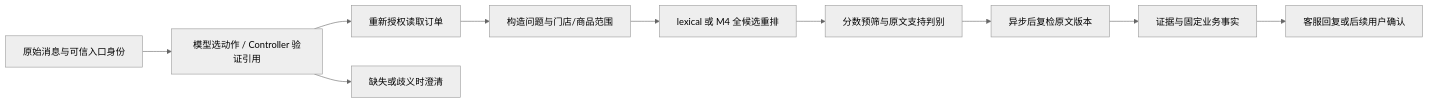
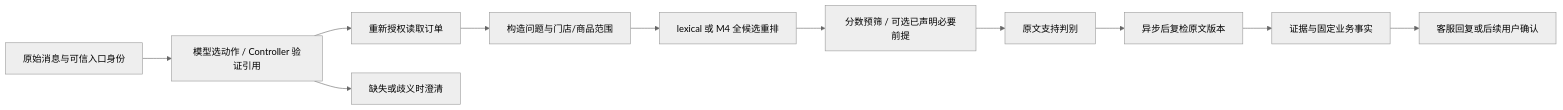
One commit to erha1499/dave-agent changed the diagram in docs/c1-implementation-results.md. Above: the diagram before and after it, drawn with Mermaid (neutral theme). The commit also changed other lines of this file and 49 other files, not shown here.

````diff
--- a/docs/c1-implementation-results.md
+++ b/docs/c1-implementation-results.md
@@ -11,12 +11,13 @@
 ```mermaid
 flowchart LR
     A[原始消息与可信入口身份] --> B[模型选动作 / Controller 验证引用]
     B --> C[重新授权读取订单]
     B --> D[缺失或歧义时澄清]
     C --> E[构造问题与门店/商品范围]
     E --> F[lexical 或 M4 全候选重排]
-    F --> G[分数预筛与原文支持判别]
+    F --> K[分数预筛 / 可选已声明必要前提]
+    K --> G[原文支持判别]
     G --> H[异步后复检原文版本]
     H --> I[证据与固定业务事实]
     I --> J[客服回复或后续用户确认]
 ```
````
